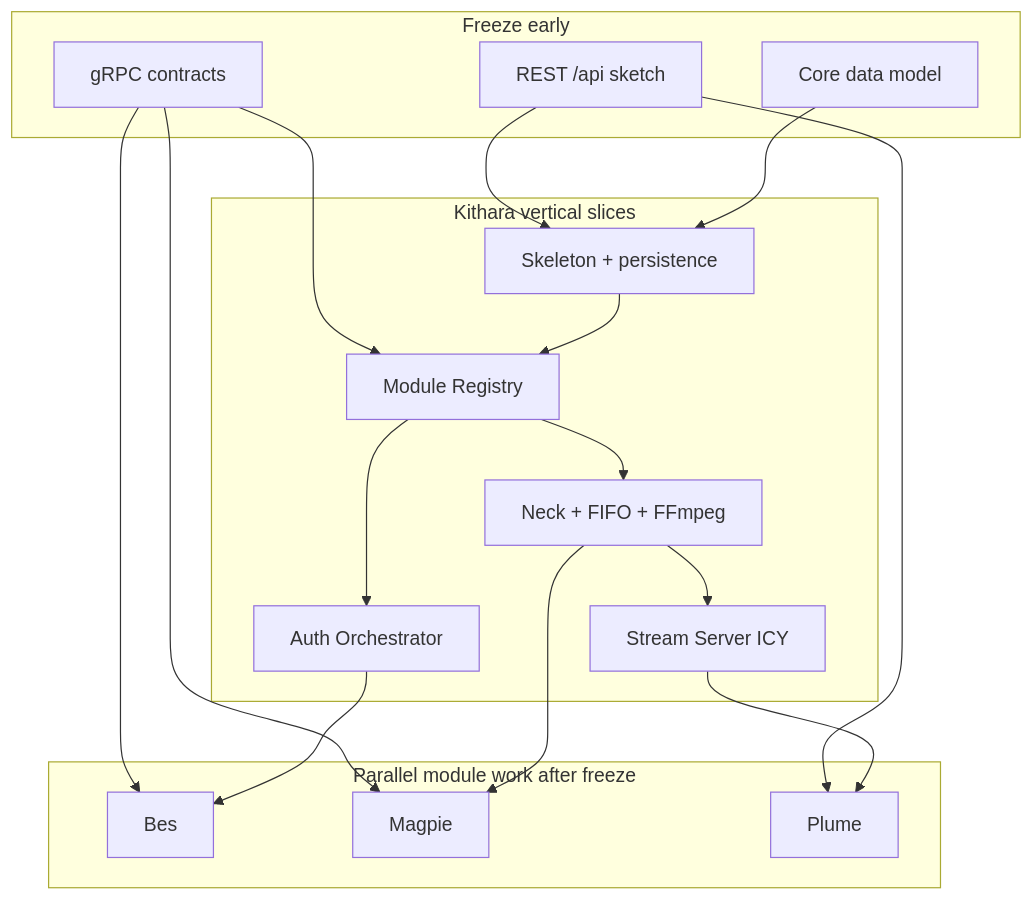
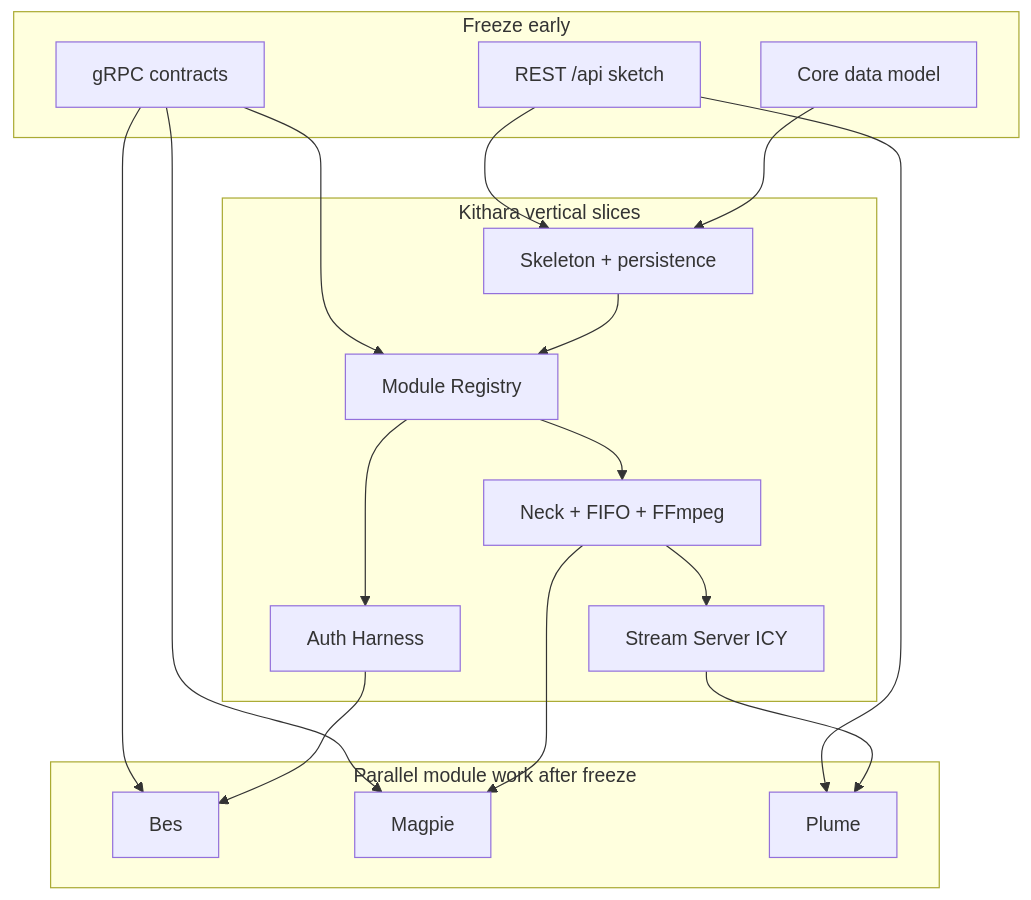
The diagram in docs/architecture/mvp/implementation-plan.md (Bardie-radio/kithara), drawn with Mermaid before and after one commit. The commit also changed other lines of this file and 89 other files, not shown here.

````diff
--- a/docs/architecture/mvp/implementation-plan.md
+++ b/docs/architecture/mvp/implementation-plan.md
@@ -27,33 +27,33 @@
 ```mermaid
 flowchart TB
   subgraph freeze [Freeze early]
     Proto[gRPC contracts]
     REST[REST /api sketch]
     Data[Core data model]
   end
   subgraph kithara_core [Kithara vertical slices]
     Skeleton[Skeleton + persistence]
     Registry[Module Registry]
-    AuthOrch[Auth Orchestrator]
+    AuthHarness[Auth Harness]
     Neck[Neck + FIFO + FFmpeg]
     Stream[Stream Server ICY]
   end
   subgraph modules [Parallel module work after freeze]
     Bes[Bes]
     Magpie[Magpie]
     Plume[Plume]
   end
   Proto --> Registry
   Proto --> Bes
   Proto --> Magpie
   REST --> Skeleton
   REST --> Plume
   Data --> Skeleton
   Skeleton --> Registry
-  Registry --> AuthOrch
-  AuthOrch --> Bes
+  Registry --> AuthHarness
+  AuthHarness --> Bes
   Registry --> Neck
   Neck --> Magpie
   Neck --> Stream
   Stream --> Plume
 ```
````
